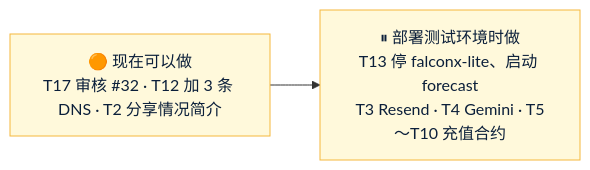
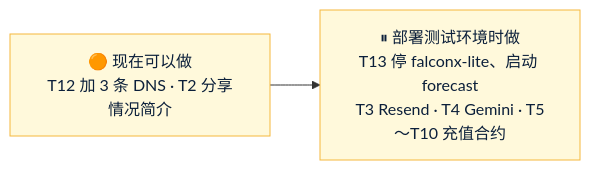
The diagram in Amos待办.md (dollar3651314/forecast), drawn with Mermaid before and after one commit. The commit also changed other lines of this file, not shown here.

````diff
--- a/Amos待办.md
+++ b/Amos待办.md
@@ -10,6 +10,6 @@
 ```mermaid
 flowchart LR
-    T["🟠 现在可以做<br/>T17 审核 #32 · T12 加 3 条 DNS · T2 分享情况简介"] --> D["⏸ 部署测试环境时做<br/>T13 停 falconx-lite、启动 forecast<br/>T3 Resend · T4 Gemini · T5～T10 充值合约"]
+    T["🟠 现在可以做<br/>T12 加 3 条 DNS · T2 分享情况简介"] --> D["⏸ 部署测试环境时做<br/>T13 停 falconx-lite、启动 forecast<br/>T3 Resend · T4 Gemini · T5～T10 充值合约"]
     classDef amos fill:#FFF9DB,stroke:#F5B83D,color:#0B1F3A
     class T,D amos
 ```
````
